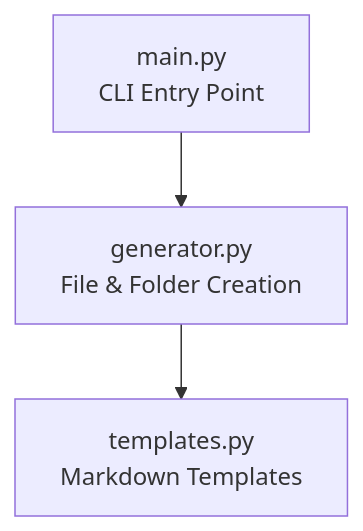
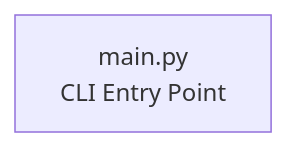
The diagram in docs/architecture.md (yorch-codes/task_api), drawn with Mermaid before and after one commit. The commit also changed other lines of this file and 2 other files, not shown here.

````diff
--- a/docs/architecture.md
+++ b/docs/architecture.md
@@ -15,10 +13,7 @@
 ```mermaid
 flowchart TD
 
     A[main.py<br>CLI Entry Point]
-    B[generator.py<br>File & Folder Creation]
-    C[templates.py<br>Markdown Templates]
 
-    A --> B
-    B --> C
+    A
 ```
````
